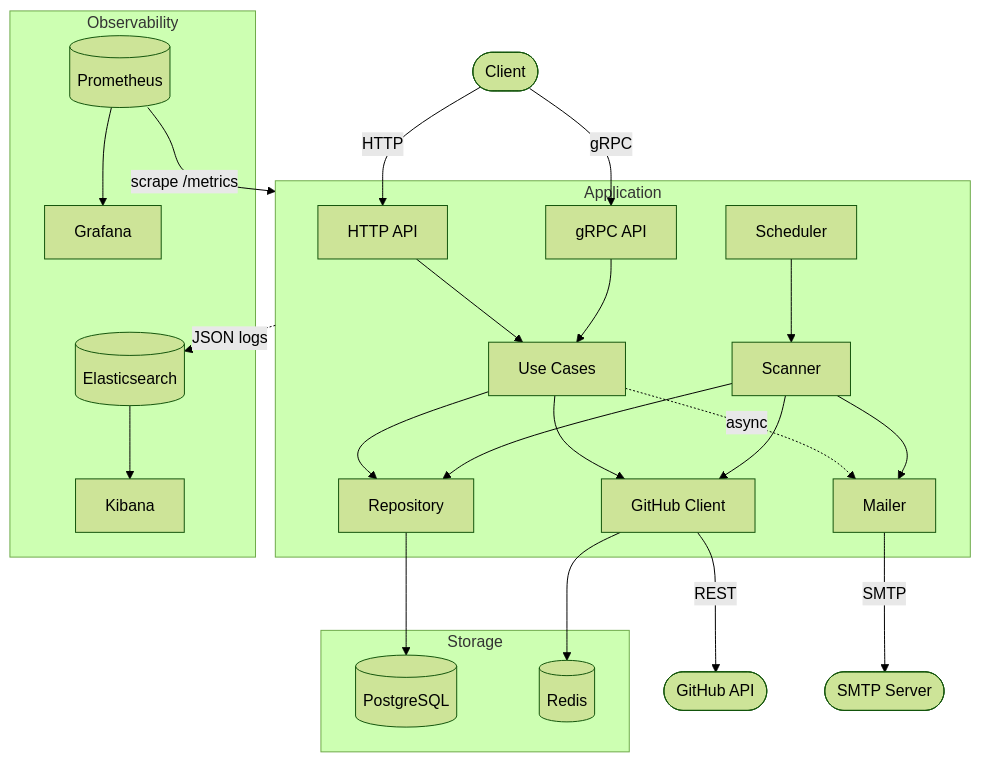
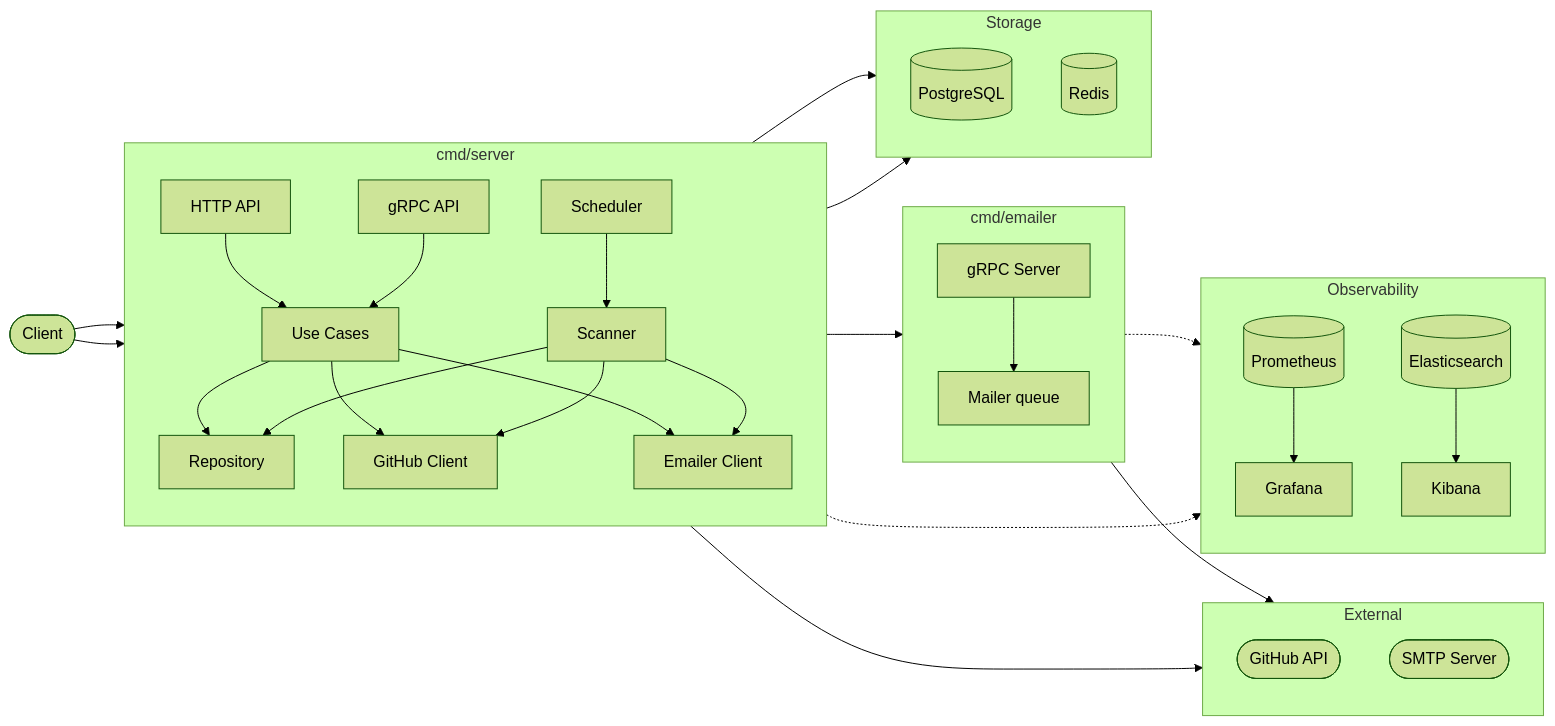
One commit to GenesisEducationKyiv/software-engineering-school-6-0-mzabrodin changed the first of 4 diagrams in docs/sdd.md. Above: the diagram before and after it, drawn with Mermaid (forest theme). The commit also changed other lines of this file, not shown here.

Commit message:
docs: update SDD with Emailer service extraction, mTLS setup, architecture and flow diagrams

````diff
--- a/docs/sdd.md
+++ b/docs/sdd.md
@@ -52,49 +54,56 @@
 ```mermaid
-flowchart TD
+flowchart LR
     User([Client])
 
-    subgraph app[Application]
+    subgraph app[cmd/server]
+        direction TB
         HTTP[HTTP API]
         GRPC[gRPC API]
         UC[Use Cases]
         Scheduler[Scheduler]
         Scanner[Scanner]
+        Repo[Repository]
         GHClient[GitHub Client]
-        Mailer[Mailer]
-        Repo[Repository]
+        EmailerClient[Emailer Client]
+    end
+
+    subgraph emailer[cmd/emailer]
+        direction TB
+        EmailerServer[gRPC Server]
+        Mailer[Mailer queue]
     end
 
     subgraph storage[Storage]
+        direction TB
         DB[(PostgreSQL)]
         Redis[(Redis)]
     end
 
-    subgraph obs[Observability]
-        Prom[(Prometheus)]
-        Graf[Grafana]
-        ES[(Elasticsearch)]
-        Kib[Kibana]
+    subgraph external[External]
+        direction TB
+        GHAPI([GitHub API])
+        SMTP([SMTP Server])
     end
 
-    GHAPI([GitHub API])
-    SMTP([SMTP Server])
-    User -- HTTP --> HTTP
-    User -- gRPC --> GRPC
+    subgraph obs[Observability]
+        direction TB
+        Prom[(Prometheus)] --> Graf[Grafana]
+        ES[(Elasticsearch)] --> Kib[Kibana]
+    end
+
+    User --> HTTP & GRPC
     HTTP --> UC
     GRPC --> UC
     Scheduler --> Scanner
-    UC --> Repo
-    UC --> GHClient
-    UC -. async .-> Mailer
-    Scanner --> GHClient
-    Scanner --> Repo
-    Scanner --> Mailer
+    UC --> Repo & GHClient & EmailerClient
+    Scanner --> Repo & GHClient & EmailerClient
+    EmailerClient --> EmailerServer --> Mailer
+
     Repo --> DB
     GHClient --> Redis
-    GHClient -- REST --> GHAPI
-    Mailer -- SMTP --> SMTP
-    Prom -- scrape /metrics --> app
-    Prom --> Graf
-    app -. JSON logs .-> ES
-    ES --> Kib
+    GHClient --> GHAPI
+    Mailer --> SMTP
+
+    app -.-> obs
+    emailer -.-> obs
 ```
````
